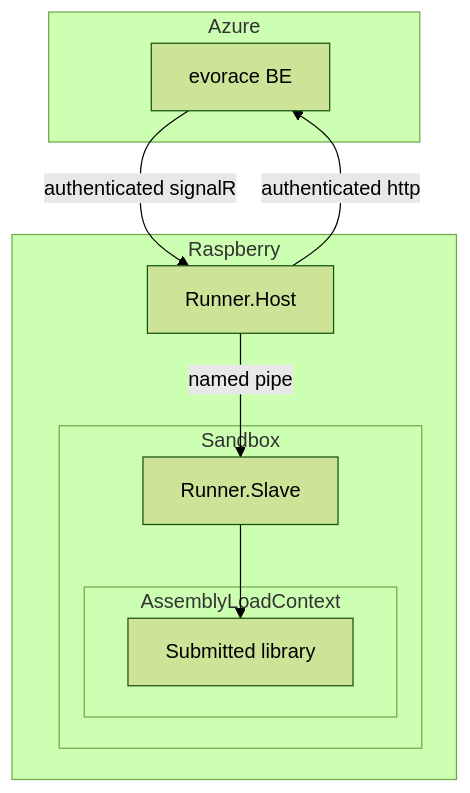
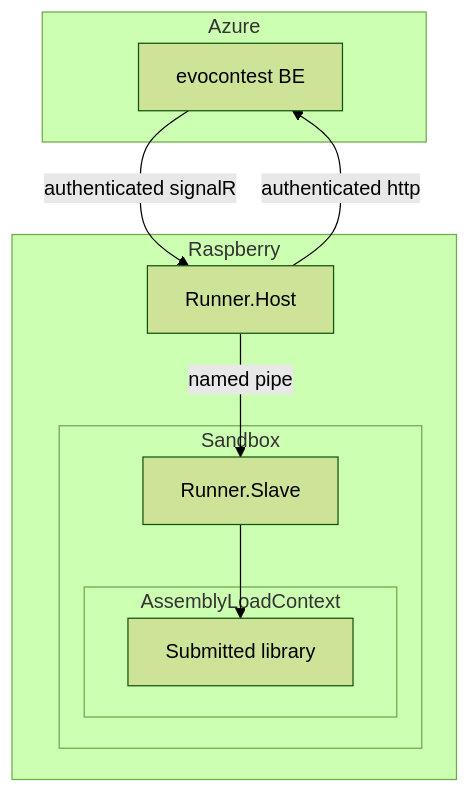
One commit to sanraith/evocontest changed the third of 6 diagrams in docs/architecture.md. Above: the diagram before and after it, drawn with Mermaid (forest theme). The commit also changed other lines of this file and 499 other files, not shown here.

Commit message:
Mass rename "evorace" to "evocontest".

````diff
--- a/docs/architecture.md
+++ b/docs/architecture.md
@@ -63,22 +63,22 @@
 ```mermaid
 graph TD
 
 subgraph Azure
-	cloud[evorace BE]
+	cloud[evocontest BE]
 end
 
 subgraph Raspberry
 	host[Runner.Host]
 	subgraph Sandbox
 		slave[Runner.Slave]
 		subgraph AssemblyLoadContext
 			dll[Submitted library]
 		end
 	end
 end
 
 host -->|authenticated http| cloud
 cloud -->|authenticated signalR| host
 host -->|named pipe| slave
 slave --> dll
 ```
````
